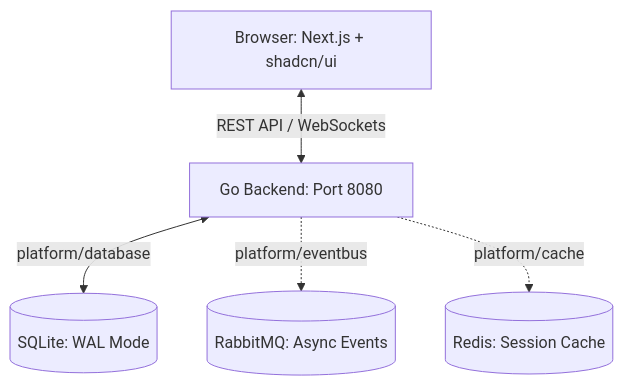
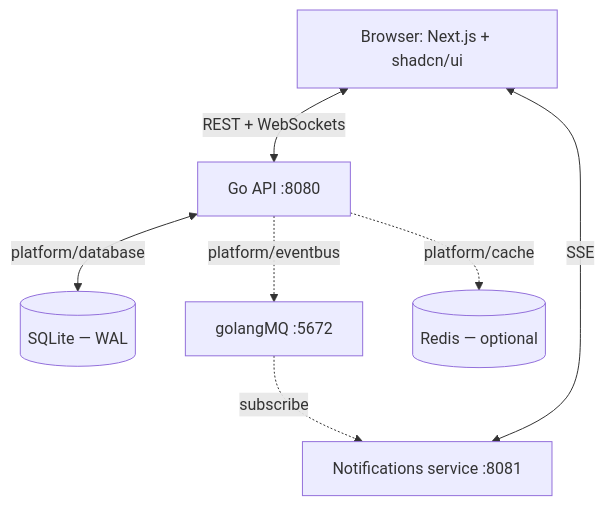
The diagram in README.md (nwntaspap/Social-Network), drawn with Mermaid before and after one commit. The commit also changed other lines of this file and 2 other files, not shown here.

````diff
--- a/README.md
+++ b/README.md
@@ -135,7 +50,9 @@
 ```mermaid
 graph TD
-    Client[Browser: Next.js + shadcn/ui] <-->|REST API / WebSockets| Backend[Go Backend: Port 8080]
-    Backend <-->|platform/database| SQLite[(SQLite: WAL Mode)]
-    Backend -.->|platform/eventbus| RabbitMQ[(RabbitMQ: Async Events)]
-    Backend -.->|platform/cache| Redis[(Redis: Session Cache)]
+    Client[Browser: Next.js + shadcn/ui] <-->|REST + WebSockets| Backend[Go API :8080]
+    Client <-->|SSE| Notif[Notifications service :8081]
+    Backend <-->|platform/database| SQLite[(SQLite — WAL)]
+    Backend -.->|platform/eventbus| Broker[golangMQ :5672]
+    Broker -.->|subscribe| Notif
+    Backend -.->|platform/cache| Redis[(Redis — optional)]
 ```
````
